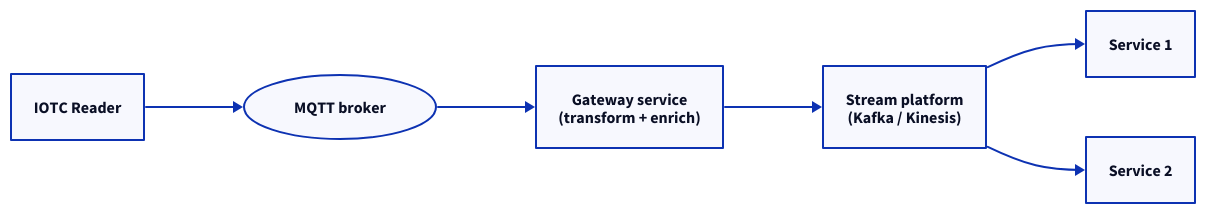
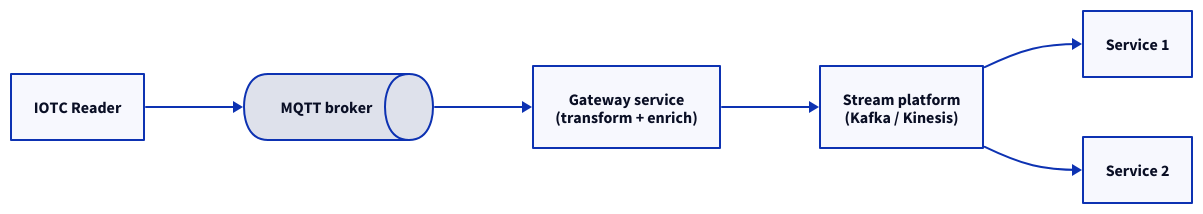
The third of 3 diagrams in docs/fleet/cloud-integration/patterns.md (admiral-ai/zebra-handheld-rfid-iotc), drawn with D2 before and after one commit. The commit also changed other lines of this file and 40 other files, not shown here.

First line of the commit message:
Redesign all 54 D2 diagrams to a unified visual system

````diff
--- a/docs/fleet/cloud-integration/patterns.md
+++ b/docs/fleet/cloud-integration/patterns.md
@@ -48,14 +50,15 @@
 ```d2
 direction: right
 R: IOTC Reader
-B: MQTT broker { shape: oval }
+B: MQTT broker { shape: queue }
 G: "Gateway service\n(transform + enrich)"
 ST: "Stream platform\n(Kafka / Kinesis)"
 S1: Service 1
 S2: Service 2
 R -> B
 B -> G
 G -> ST
 ST -> S1
 ST -> S2
+
 ```
````
